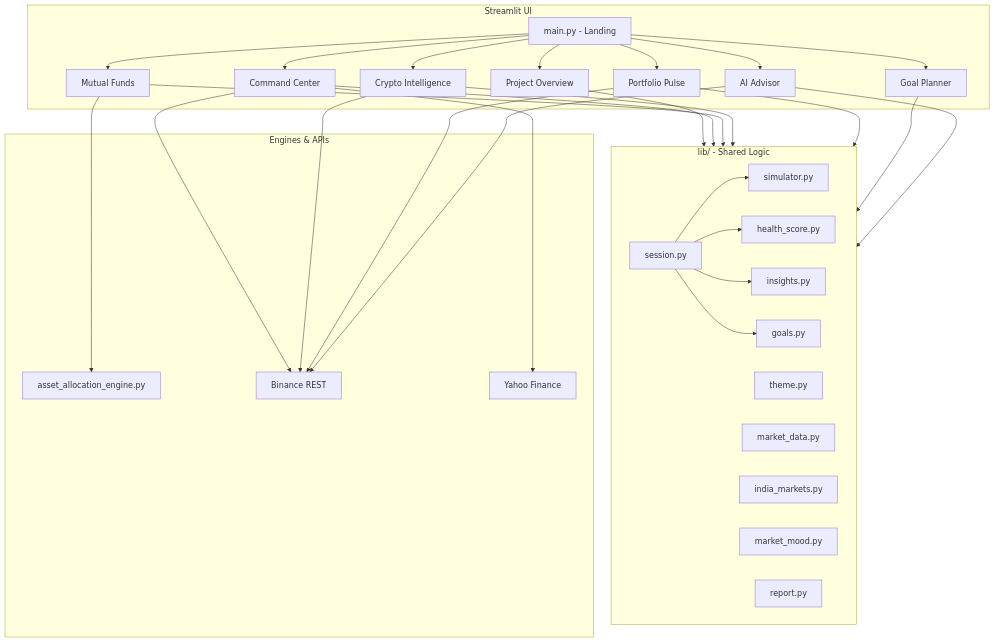
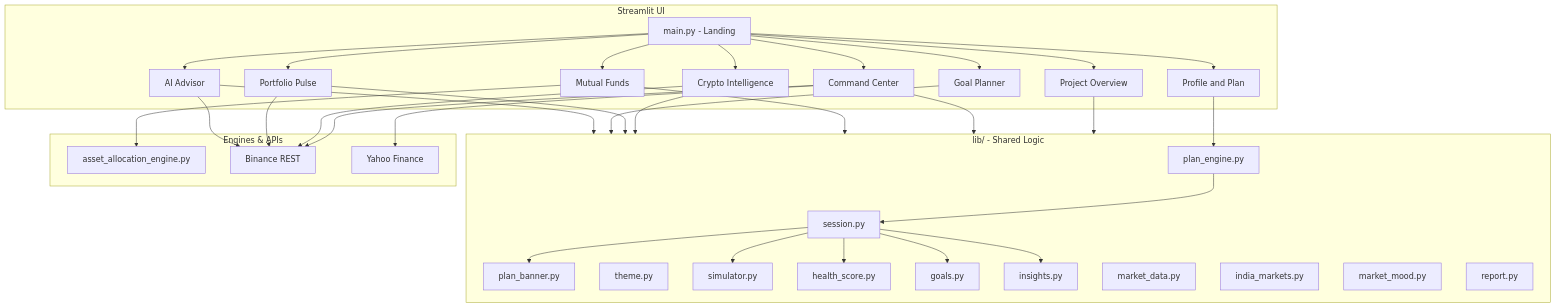
One commit to Shailsharma2604/Finance-Analytics-Hub changed the first of 2 diagrams in PROJECT_DOCUMENTATION.md. Above: the diagram before and after it, drawn with Mermaid. The commit also changed other lines of this file and 55 other files, not shown here.

````diff
--- a/PROJECT_DOCUMENTATION.md
+++ b/PROJECT_DOCUMENTATION.md
@@ -85,39 +149,45 @@
 ```mermaid
 flowchart TB
     subgraph UI["Streamlit UI"]
         main[main.py - Landing]
         p0[Project Overview]
+        p7[Profile and Plan]
         p1[Command Center]
         p2[Mutual Funds]
         p3[Crypto Intelligence]
         p4[Portfolio Pulse]
         p5[Goal Planner]
         p6[AI Advisor]
     end
 
     subgraph lib["lib/ - Shared Logic"]
         session[session.py]
+        plan[plan_engine.py]
+        banner[plan_banner.py]
         theme[theme.py]
         sim[simulator.py]
         health[health_score.py]
         goals[goals.py]
         insights[insights.py]
         market[market_data.py]
         india[india_markets.py]
         mood[market_mood.py]
         report[report.py]
     end
 
     subgraph engines["Engines & APIs"]
         mf[asset_allocation_engine.py]
         binance[Binance REST]
         yahoo[Yahoo Finance]
     end
 
-    main --> p0 & p1 & p2 & p3 & p4 & p5 & p6
+    main --> p0 & p7 & p1 & p2 & p3 & p4 & p5 & p6
+    p7 --> plan
+    plan --> session
     p0 & p1 & p2 & p3 & p4 & p5 & p6 --> lib
+    session --> banner
     p2 --> mf
     p1 & p3 & p4 & p6 --> binance
     p1 --> yahoo
     session --> sim & health & insights & goals
 ```
````
